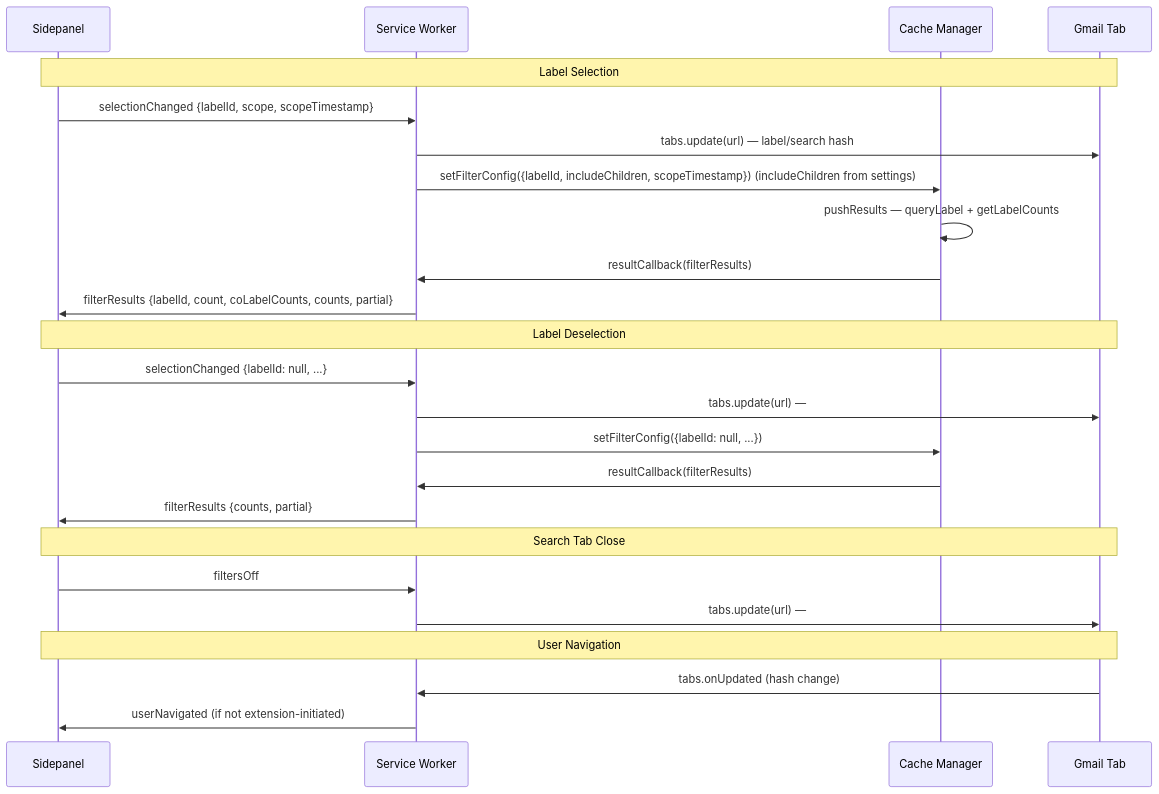
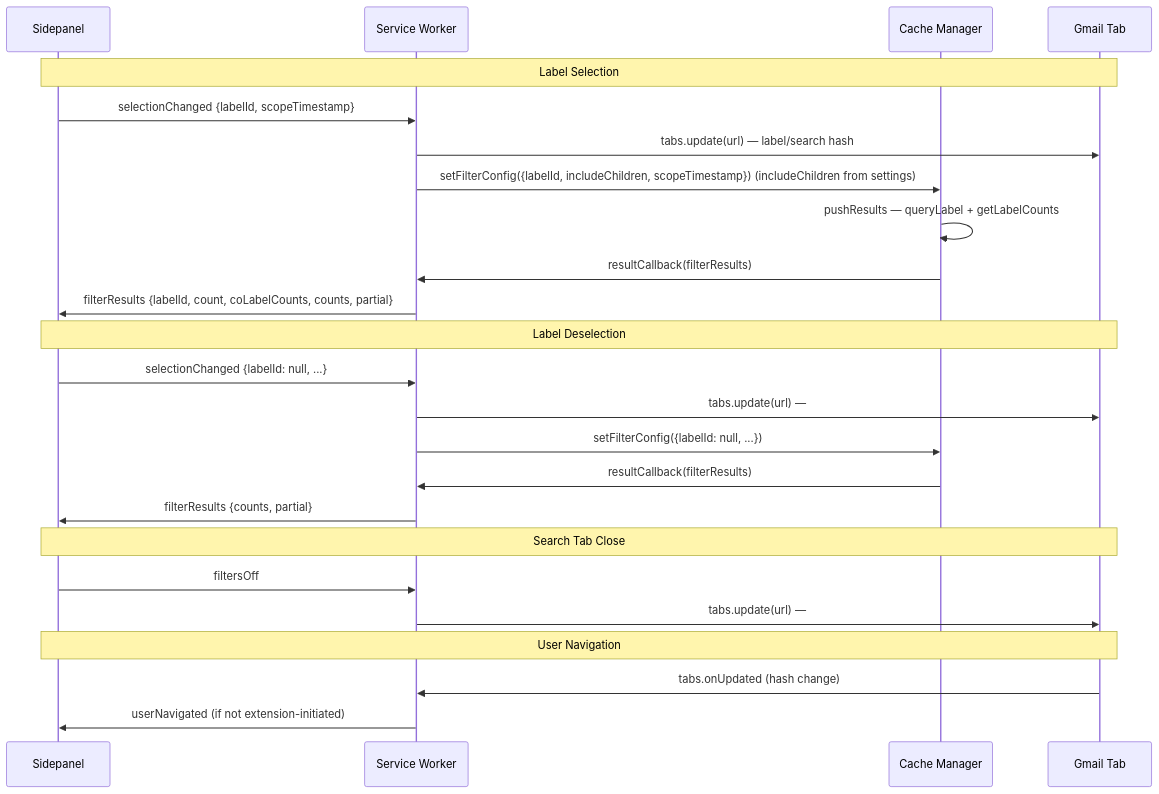
One commit to AnotherSava/chrome-assistant changed the diagram in docs/pages/label-selection-change.mmd. Above: the diagram before and after it, drawn with Mermaid. The commit also changed 11 other files, not shown here.

```diff
--- a/docs/pages/label-selection-change.mmd
+++ b/docs/pages/label-selection-change.mmd
@@ -1,28 +1,28 @@
 sequenceDiagram
     participant SP as Sidepanel
     participant SW as Service Worker
     participant CM as Cache Manager
     participant Gmail as Gmail Tab
 
     Note over SP,Gmail: Label Selection
-    SP->>SW: selectionChanged {labelId, scope, scopeTimestamp}
+    SP->>SW: selectionChanged {labelId, scopeTimestamp}
     SW->>Gmail: tabs.update(url) — label/search hash
     SW->>CM: setFilterConfig({labelId, includeChildren, scopeTimestamp}) (includeChildren from settings)
     CM->>CM: pushResults — queryLabel + getLabelCounts
     CM->>SW: resultCallback(filterResults)
     SW->>SP: filterResults {labelId, count, coLabelCounts, counts, partial}
 
     Note over SP,Gmail: Label Deselection
     SP->>SW: selectionChanged {labelId: null, ...}
     SW->>Gmail: tabs.update(url) — #all or scoped search
     SW->>CM: setFilterConfig({labelId: null, ...})
     CM->>SW: resultCallback(filterResults)
     SW->>SP: filterResults {counts, partial}
 
     Note over SP,Gmail: Search Tab Close
     SP->>SW: filtersOff
     SW->>Gmail: tabs.update(url) — #inbox
 
     Note over SP,Gmail: User Navigation
     Gmail->>SW: tabs.onUpdated (hash change)
     SW->>SP: userNavigated (if not extension-initiated)
```
